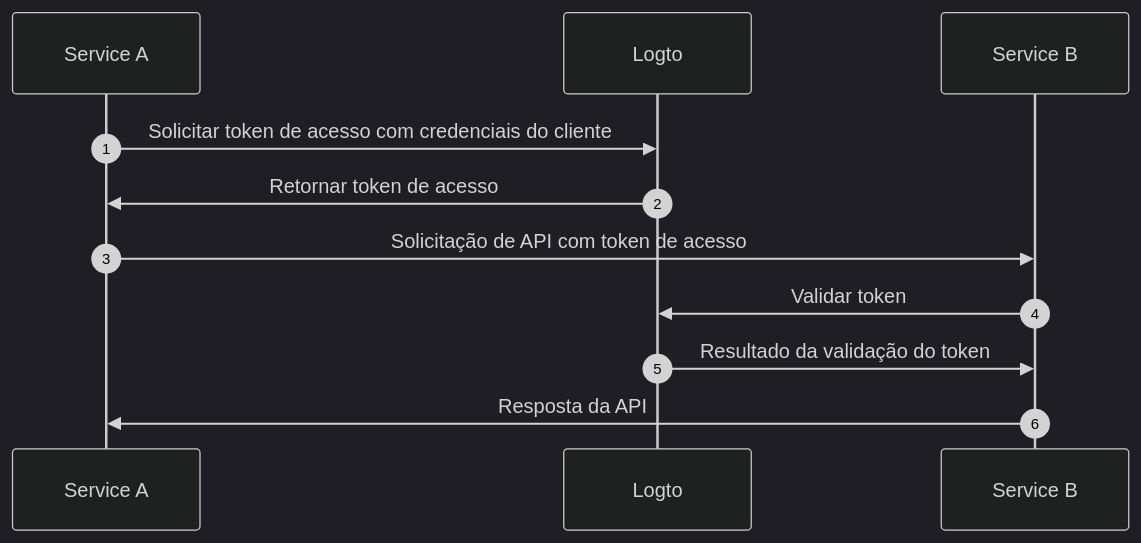
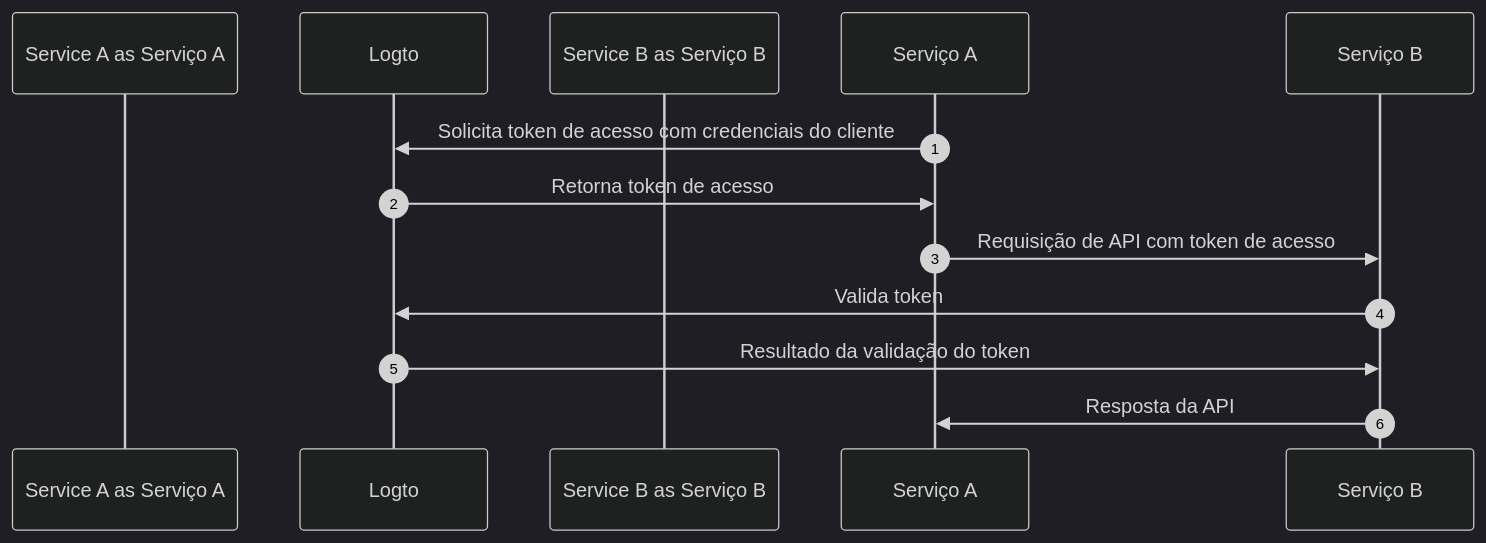
The second of 4 diagrams in i18n/pt-BR/docusaurus-plugin-content-docs/current/integrate-logto/integrate-logto-into-your-application/understand-authentication-flow.mdx (logto-io/docs), drawn with Mermaid (dark theme) before and after one commit. The commit also changed other lines of this file and 44 other files, not shown here.

````diff
--- a/i18n/pt-BR/docusaurus-plugin-content-docs/current/integrate-logto/integrate-logto-into-your-application/understand-authentication-flow.mdx
+++ b/i18n/pt-BR/docusaurus-plugin-content-docs/current/integrate-logto/integrate-logto-into-your-application/understand-authentication-flow.mdx
@@ -42,14 +42,14 @@
 ```mermaid
 sequenceDiagram
     autonumber
-    participant Service A
+    participant Service A as Serviço A
     participant Logto
-    participant Service B
+    participant Service B as Serviço B
 
-    Service A->>Logto: Solicitar token de acesso com credenciais do cliente
-    Logto->>Service A: Retornar token de acesso
-    Service A->>Service B: Solicitação de API com token de acesso
-    Service B->>Logto: Validar token
-    Logto->>Service B: Resultado da validação do token
-    Service B->>Service A: Resposta da API
+    Serviço A->>Logto: Solicita token de acesso com credenciais do cliente
+    Logto->>Serviço A: Retorna token de acesso
+    Serviço A->>Serviço B: Requisição de API com token de acesso
+    Serviço B->>Logto: Valida token
+    Logto->>Serviço B: Resultado da validação do token
+    Serviço B->>Serviço A: Resposta da API
 ```
````
